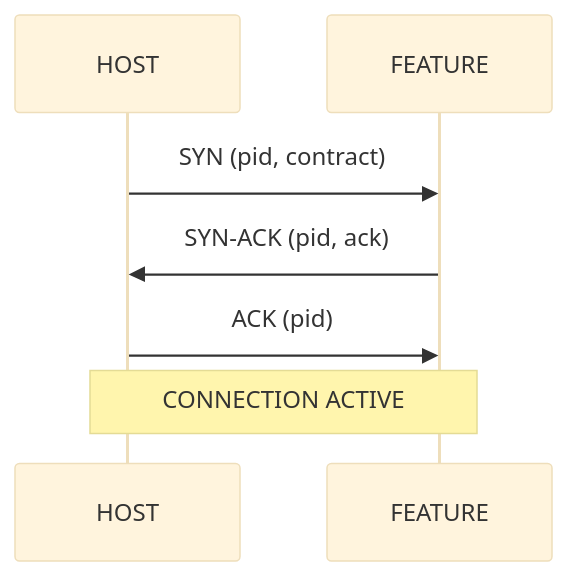
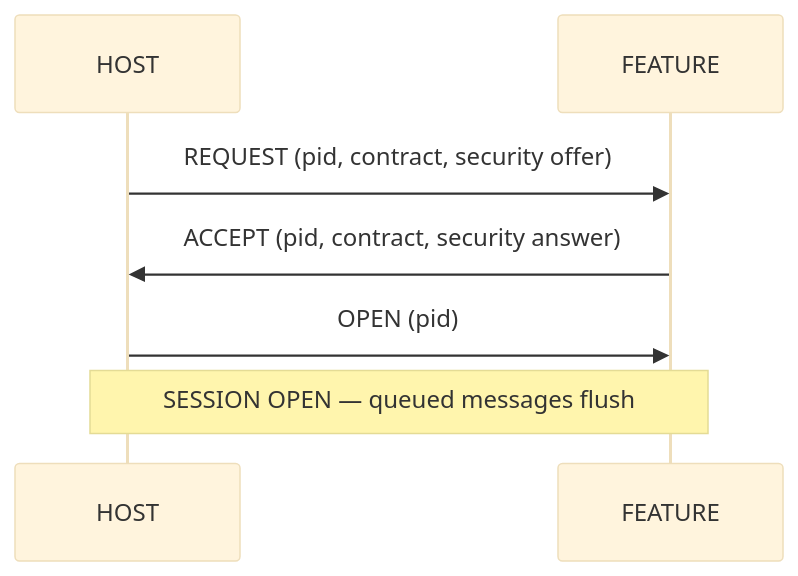
The third of 8 diagrams in ARCHITECTURE.md (AndrewRedican/hyperfrontend), drawn with Mermaid before and after one commit. The commit also changed other lines of this file, not shown here.

Commit message:
docs(@hyperfrontend/workspace): rewrite the architecture overview to the canonical session model

````diff
--- a/ARCHITECTURE.md
+++ b/ARCHITECTURE.md
@@ -110,17 +120,17 @@
 ```mermaid
 ---
 config:
   theme: base
   themeVariables:
     fontSize: 12px
 ---
 sequenceDiagram
     participant Host as HOST
     participant Feature as FEATURE
 
-    Host->>Feature: SYN (pid, contract)
-    Feature->>Host: SYN-ACK (pid, ack)
-    Host->>Feature: ACK (pid)
+    Host->>Feature: REQUEST (pid, contract, security offer)
+    Feature->>Host: ACCEPT (pid, contract, security answer)
+    Host->>Feature: OPEN (pid)
 
-    Note over Host,Feature: CONNECTION ACTIVE
+    Note over Host,Feature: SESSION OPEN — queued messages flush
 ```
````
